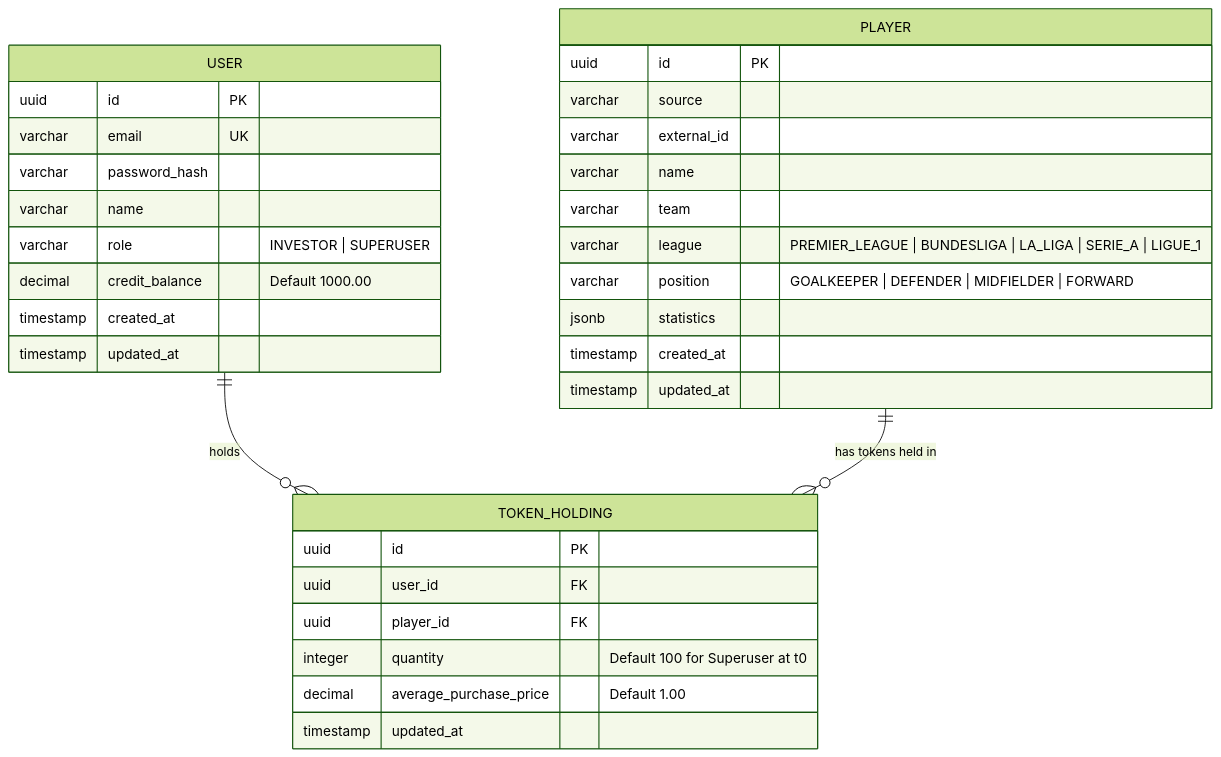
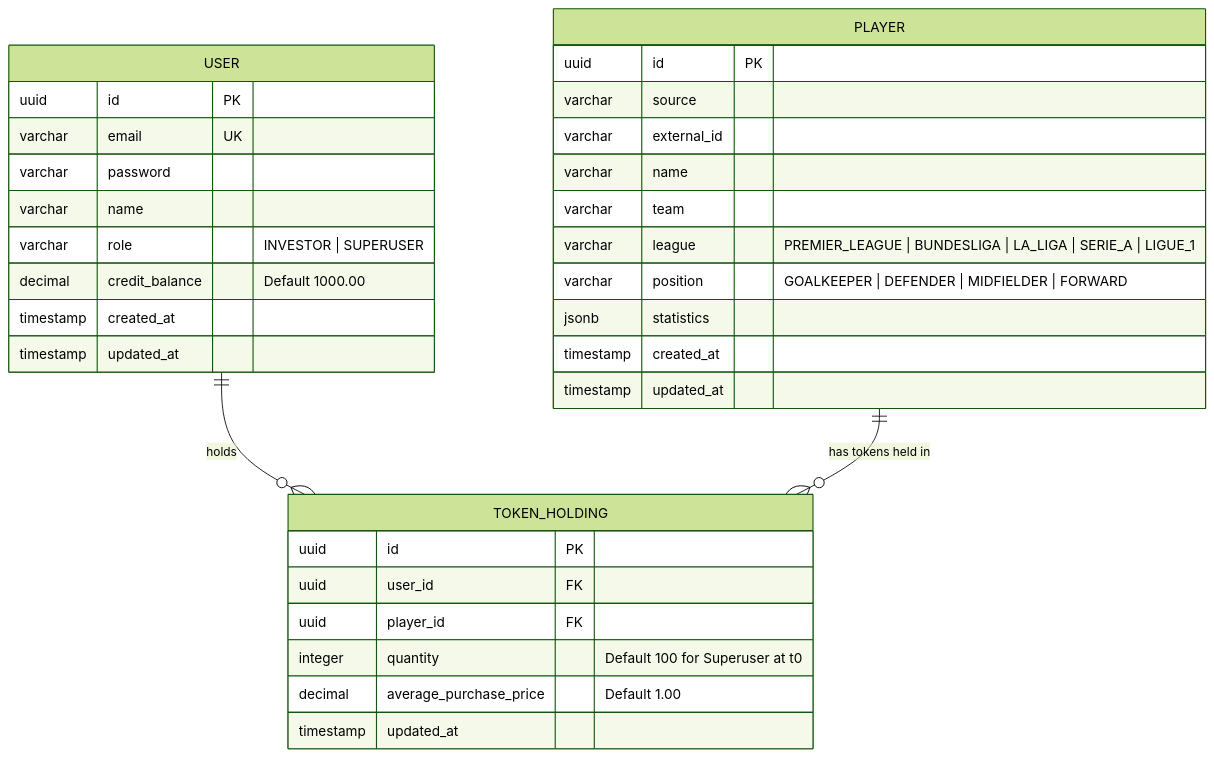
The diagram in specs/001-player-token-marketplace/data-model.md (confalonieri-melisa/desapp-grupo-c), drawn with Mermaid (forest theme) before and after one commit. The commit also changed other lines of this file and 26 other files, not shown here.

First line of the commit message:
feat: add JWT authentication flow (#8)

````diff
--- a/specs/001-player-token-marketplace/data-model.md
+++ b/specs/001-player-token-marketplace/data-model.md
@@ -11,38 +11,38 @@
 ```mermaid
 erDiagram
     USER {
         uuid id PK
         varchar email UK
-        varchar password_hash
+        varchar password
         varchar name
         varchar role "INVESTOR | SUPERUSER"
         decimal credit_balance "Default 1000.00"
         timestamp created_at
         timestamp updated_at
     }
 
     PLAYER {
         uuid id PK
         varchar source
         varchar external_id
         varchar name
         varchar team
         varchar league "PREMIER_LEAGUE | BUNDESLIGA | LA_LIGA | SERIE_A | LIGUE_1"
         varchar position "GOALKEEPER | DEFENDER | MIDFIELDER | FORWARD"
         jsonb statistics
         timestamp created_at
         timestamp updated_at
     }
 
     TOKEN_HOLDING {
         uuid id PK
         uuid user_id FK
         uuid player_id FK
         integer quantity "Default 100 for Superuser at t0"
         decimal average_purchase_price "Default 1.00"
         timestamp updated_at
     }
 
     USER ||--o{ TOKEN_HOLDING : "holds"
     PLAYER ||--o{ TOKEN_HOLDING : "has tokens held in"
 ```
````
